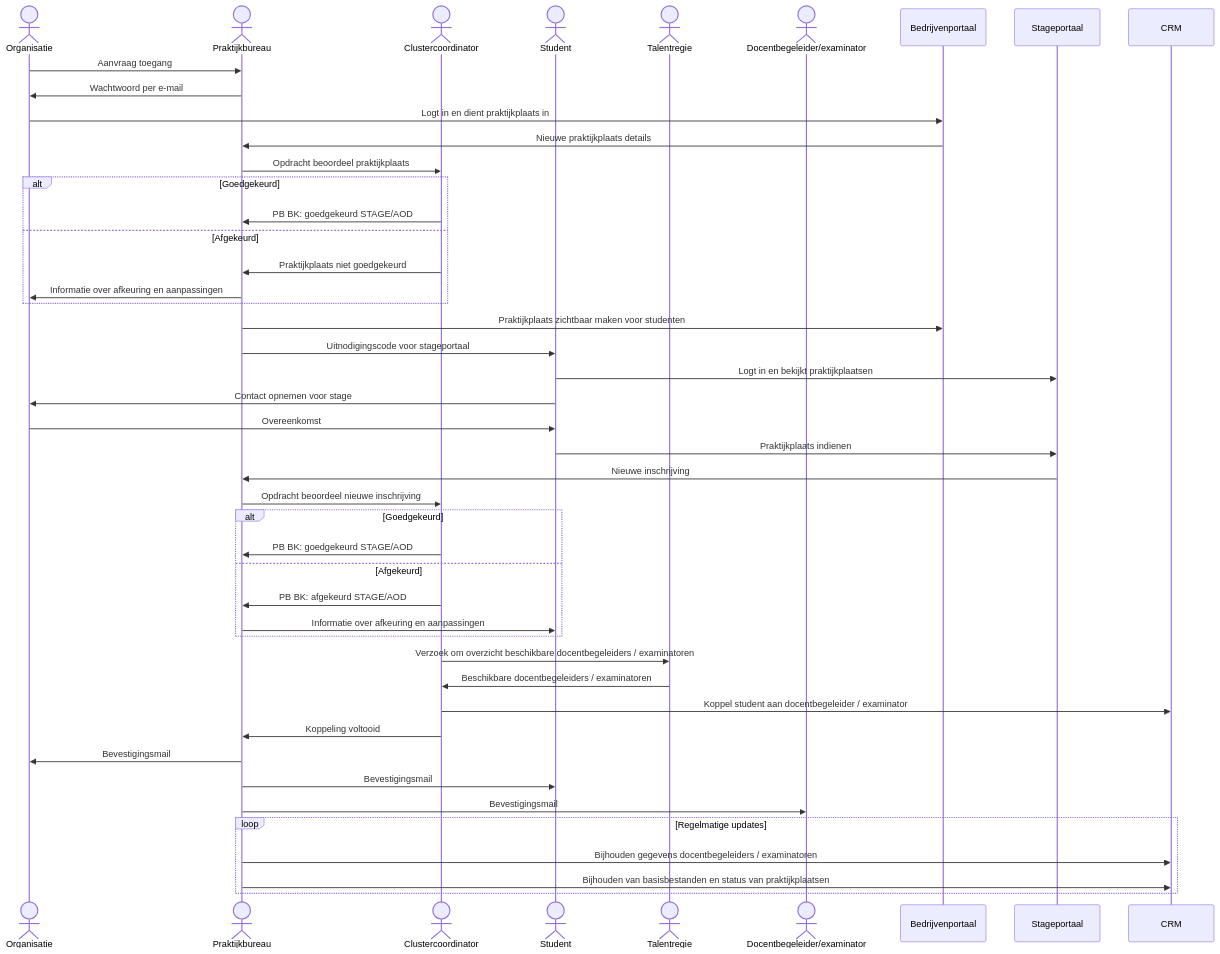
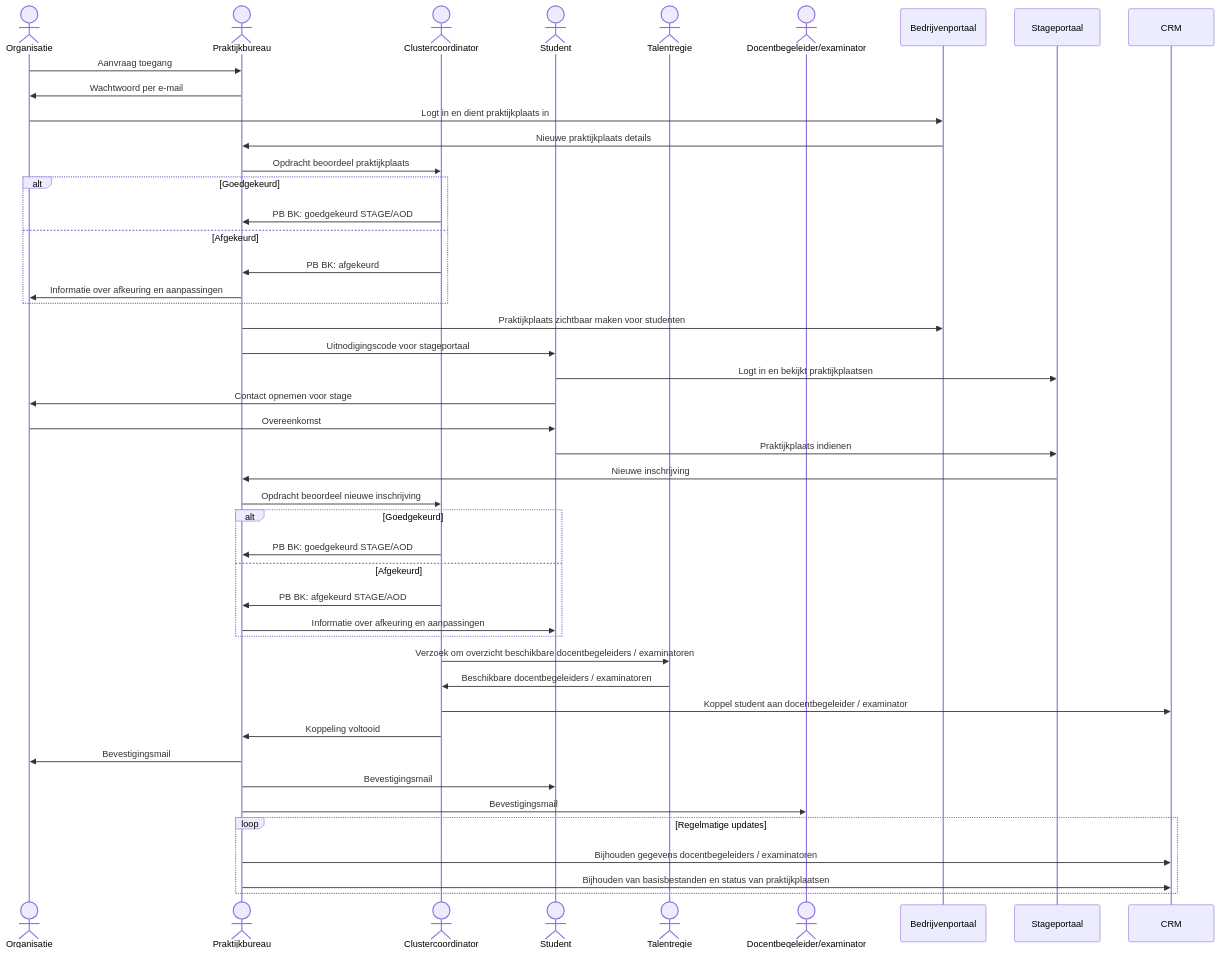
One commit to hanbedrijfskunde/praktijkworkflow changed the diagram in workflow.qmd. Above: the diagram before and after it, drawn with Mermaid. The commit also changed other lines of this file and 1 other file, not shown here.

````diff
--- a/workflow.qmd
+++ b/workflow.qmd
@@ -150,57 +150,57 @@
 ```{mermaid}
 
 sequenceDiagram
   actor Organisatie
   actor Praktijkbureau
   actor Clustercoordinator
   actor Student
   actor Talentregie
   actor Docentbegeleider/examinator
 
   %% Fase 1: Toegang & Indienen
   Organisatie->>Praktijkbureau: Aanvraag toegang
   Praktijkbureau->>Organisatie: Wachtwoord per e-mail
   Organisatie->>Bedrijvenportaal: Logt in en dient praktijkplaats in
   Bedrijvenportaal->>Praktijkbureau: Nieuwe praktijkplaats details
   
   %% Fase 2: Beoordelen & Verwerken
   Praktijkbureau->>Clustercoordinator: Opdracht beoordeel praktijkplaats
   alt Goedgekeurd
     Clustercoordinator->>Praktijkbureau: PB BK: goedgekeurd STAGE/AOD
   else Afgekeurd
-    Clustercoordinator->>Praktijkbureau: Praktijkplaats niet goedgekeurd
+    Clustercoordinator->>Praktijkbureau: PB BK: afgekeurd
     Praktijkbureau->>Organisatie: Informatie over afkeuring en aanpassingen
   end
   Praktijkbureau->>Bedrijvenportaal: Praktijkplaats zichtbaar maken voor studenten
 
   %% Fase 3: Inschrijvingen & Goedkeuring
   Praktijkbureau->>Student: Uitnodigingscode voor stageportaal
   Student->>Stageportaal: Logt in en bekijkt praktijkplaatsen
   Student->>Organisatie: Contact opnemen voor stage
   Organisatie->>Student: Overeenkomst
   Student->>Stageportaal: Praktijkplaats indienen
   Stageportaal->>Praktijkbureau: Nieuwe inschrijving
   Praktijkbureau->>Clustercoordinator: Opdracht beoordeel nieuwe inschrijving
   alt Goedgekeurd
     Clustercoordinator->>Praktijkbureau: PB BK: goedgekeurd STAGE/AOD
   else Afgekeurd
     Clustercoordinator->>Praktijkbureau: PB BK: afgekeurd STAGE/AOD
     Praktijkbureau->>Student: Informatie over afkeuring en aanpassingen
   end
 
   %% Fase 4: Inzet begeleiding
   Clustercoordinator->>Talentregie: Verzoek om overzicht beschikbare docentbegeleiders / examinatoren
   Talentregie->>Clustercoordinator: Beschikbare docentbegeleiders / examinatoren
   Clustercoordinator->>CRM: Koppel student aan docentbegeleider / examinator
   Clustercoordinator->>Praktijkbureau: Koppeling voltooid
   Praktijkbureau->>Organisatie: Bevestigingsmail
   Praktijkbureau->>Student: Bevestigingsmail
   Praktijkbureau->>Docentbegeleider/examinator: Bevestigingsmail
 
   %% Fase 5: Overzicht en Onderhoud
   loop Regelmatige updates
     Praktijkbureau->>CRM: Bijhouden gegevens docentbegeleiders / examinatoren
     Praktijkbureau->>CRM: Bijhouden van basisbestanden en status van praktijkplaatsen
   end
 
 ```
````
